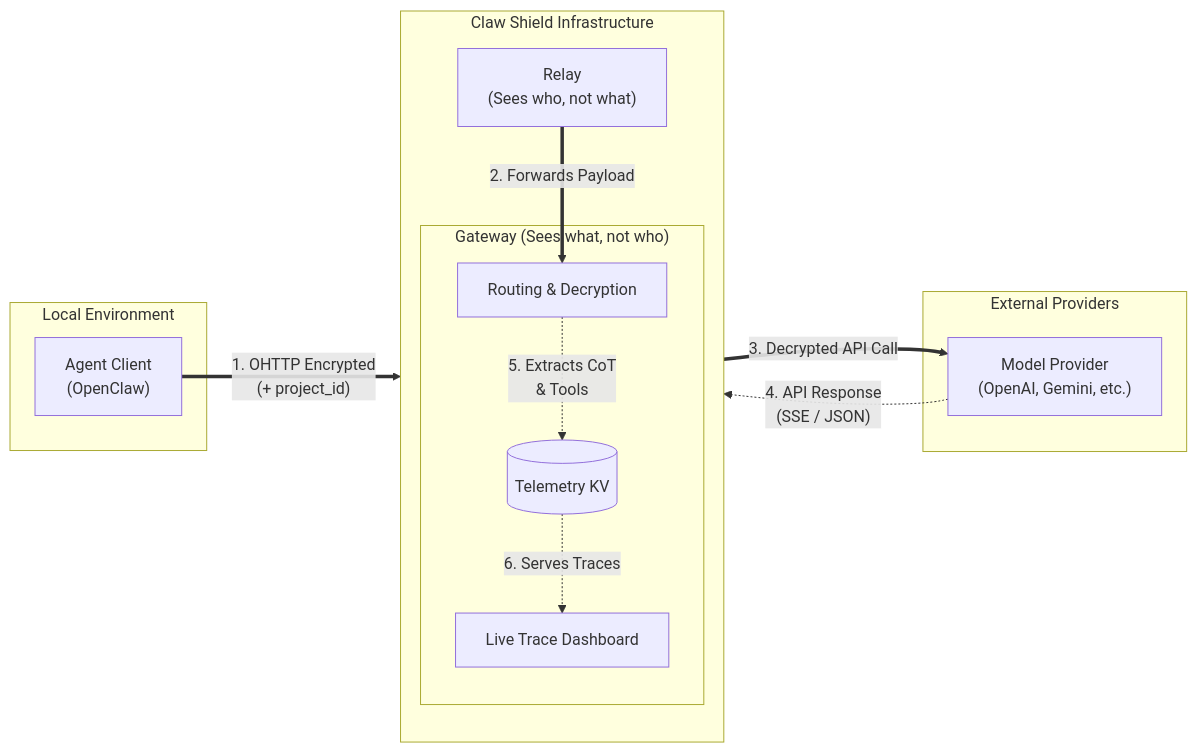
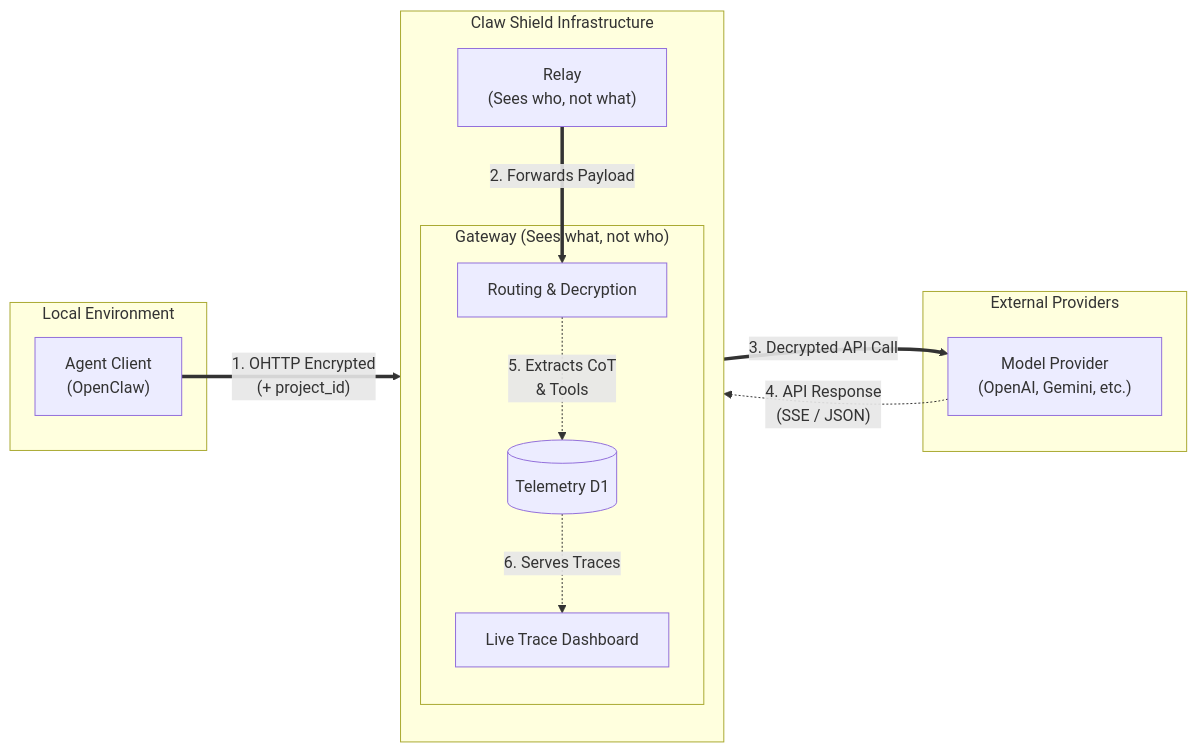
Before and after one commit to xinxin7/claw-shield: the diagram in README.md, drawn with Mermaid. The commit also changed other lines of this file and 6 other files, not shown here.

````diff
--- a/README.md
+++ b/README.md
@@ -88,28 +88,28 @@
 ```mermaid
 flowchart LR
     subgraph Local["Local Environment"]
         Agent["Agent Client<br/>(OpenClaw)"]
     end
 
     subgraph Shield["Claw Shield Infrastructure"]
         direction TB
         Relay["Relay<br/>(Sees who, not what)"]
         
         subgraph GW["Gateway (Sees what, not who)"]
             GatewayNode["Routing & Decryption"]
-            KV[("Telemetry KV")]
+            DB[("Telemetry D1")]
             Dashboard["Live Trace Dashboard"]
         end
     end
 
     subgraph API["External Providers"]
         Provider["Model Provider<br/>(OpenAI, Gemini, etc.)"]
     end
 
     Agent == "1. OHTTP Encrypted<br/>(+ project_id)" ==> Relay
     Relay == "2. Forwards Payload" ==> GatewayNode
     GatewayNode == "3. Decrypted API Call" ==> Provider
     Provider -. "4. API Response<br/>(SSE / JSON)" .-> GatewayNode
-    GatewayNode -. "5. Extracts CoT<br/>& Tools" .-> KV
-    KV -. "6. Serves Traces" .-> Dashboard
+    GatewayNode -. "5. Extracts CoT<br/>& Tools" .-> DB
+    DB -. "6. Serves Traces" .-> Dashboard
 ```
````
